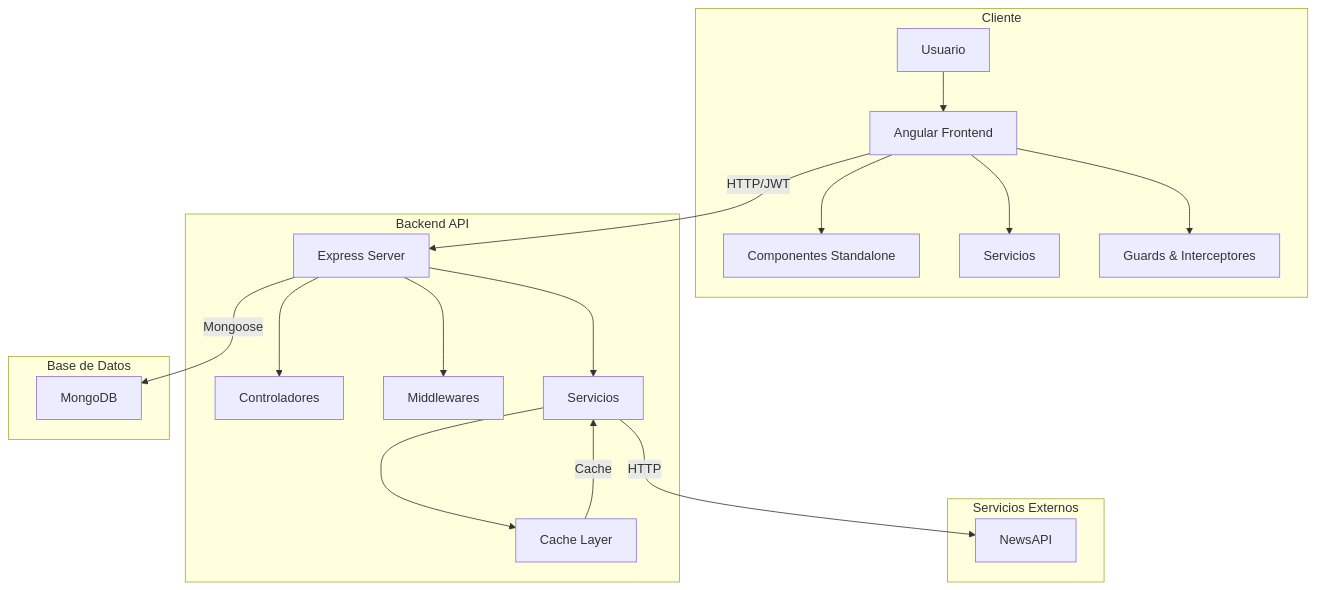
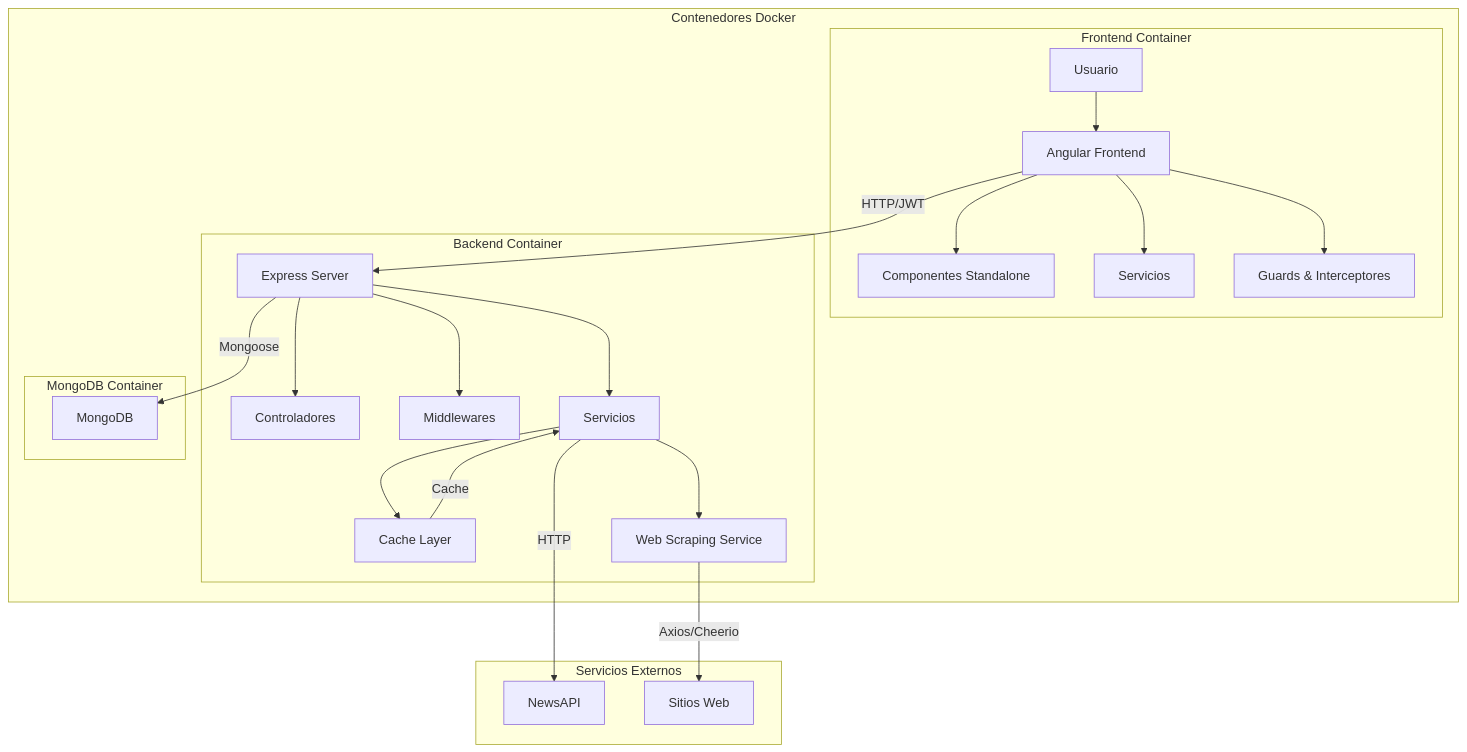
Before and after one commit to vfd003-ual/news-manager: the first of 2 diagrams in README.md, drawn with Mermaid. The commit also changed other lines of this file, not shown here.

Commit message:
refactor: actualizar diagrama arquitectura

````diff
--- a/README.md
+++ b/README.md
@@ -31,29 +31,38 @@
 ```mermaid
 graph TB
-    subgraph Cliente
-        A[Usuario] --> B[Angular Frontend]
-        B --> C[Componentes Standalone]
-        B --> D[Servicios]
-        B --> E[Guards & Interceptores]
-    end
+    subgraph "Contenedores Docker"
+        subgraph "Frontend Container"
+            A[Usuario] --> B[Angular Frontend]
+            B --> C[Componentes Standalone]
+            B --> D[Servicios]
+            B --> E[Guards & Interceptores]
+        end
 
-    subgraph "Backend API"
-        F[Express Server] --> G[Controladores]
-        F --> H[Middlewares]
-        F --> I[Servicios]
-        I --> J[Cache Layer]
+        subgraph "Backend Container"
+            F[Express Server] --> G[Controladores]
+            F --> H[Middlewares]
+            F --> I[Servicios]
+            I --> J[Cache Layer]
+            I --> W[Web Scraping Service]
+        end
+
+        subgraph "MongoDB Container"
+            L[MongoDB]
+        end
     end
 
     subgraph "Servicios Externos"
         K[NewsAPI]
-    end
-
-    subgraph "Base de Datos"
-        L[MongoDB]
+        S[Sitios Web]
     end
 
     B -- HTTP/JWT --> F
     I -- HTTP --> K
+    W -- Axios/Cheerio --> S
     F -- Mongoose --> L
     J -- Cache --> I
+
+    %% Docker Compose gestiona la red entre contenedores
+    classDef container fill:#e1f5fe,stroke:#01579b
+    class Cliente,Backend,MongoDB container
 ```
````
